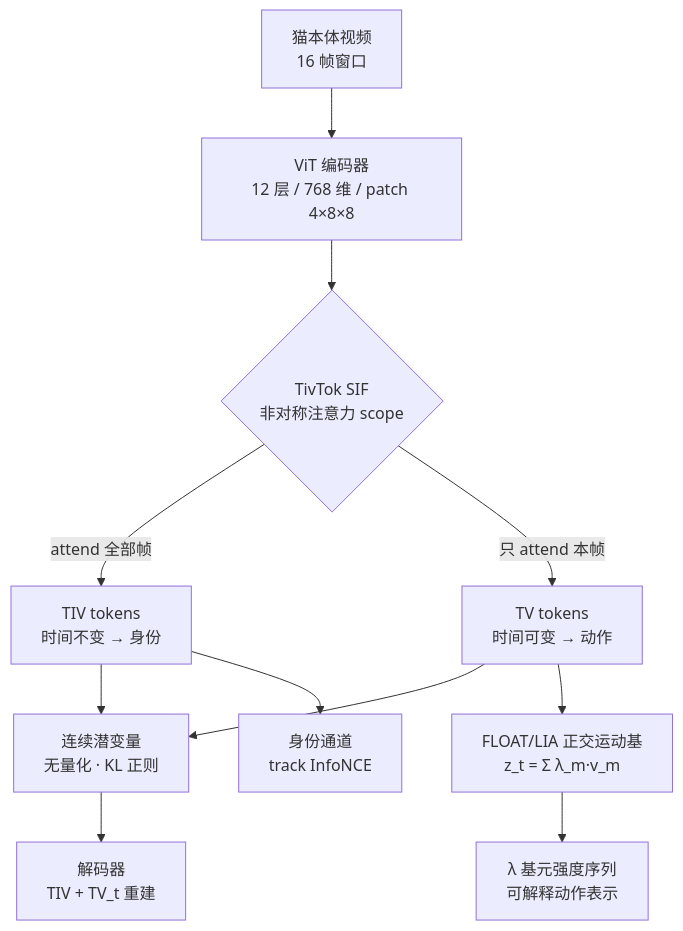
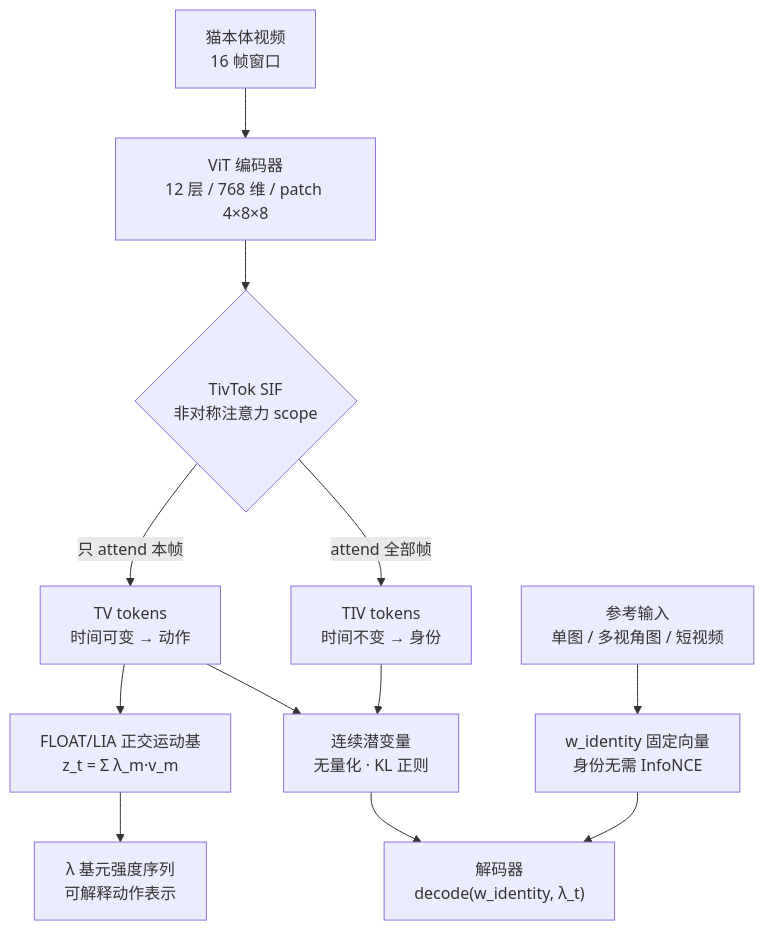
The third of 7 diagrams in management/docs/architecture.md (gongshangzheng/pet-action-recognition), drawn with Mermaid before and after one commit. The commit also changed other lines of this file and 7 other files, not shown here.

First line of the commit message:
design(identity): 身份改为参考输入（默认设定）；InfoNCE 移出主监督；选型状态约定

````diff
--- a/management/docs/architecture.md
+++ b/management/docs/architecture.md
@@ -150,17 +151,18 @@
 ```mermaid
 flowchart TD
     M1[猫本体视频<br/>16 帧窗口] --> M2[ViT 编码器<br/>12 层 / 768 维 / patch 4×8×8]
     M2 --> M3{TivTok SIF<br/>非对称注意力 scope}
 
     M3 -->|attend 全部帧| M4[TIV tokens<br/>时间不变 → 身份]
     M3 -->|只 attend 本帧| M5[TV tokens<br/>时间可变 → 动作]
 
     M4 --> M6[连续潜变量<br/>无量化 · KL 正则]
     M5 --> M6
 
     M5 --> M7[FLOAT/LIA 正交运动基<br/>z_t = Σ λ_m·v_m]
     M7 --> M8[λ 基元强度序列<br/>可解释动作表示]
 
-    M6 --> M9[解码器<br/>TIV + TV_t 重建]
-    M4 --> M10[身份通道<br/>track InfoNCE]
+    M6 --> M9["解码器<br/>decode(w_identity, λ_t)"]
+    R1["参考输入<br/>单图 / 多视角图 / 短视频"] --> M10["w_identity 固定向量<br/>身份无需 InfoNCE"]
+    M10 --> M9
 ```
````
